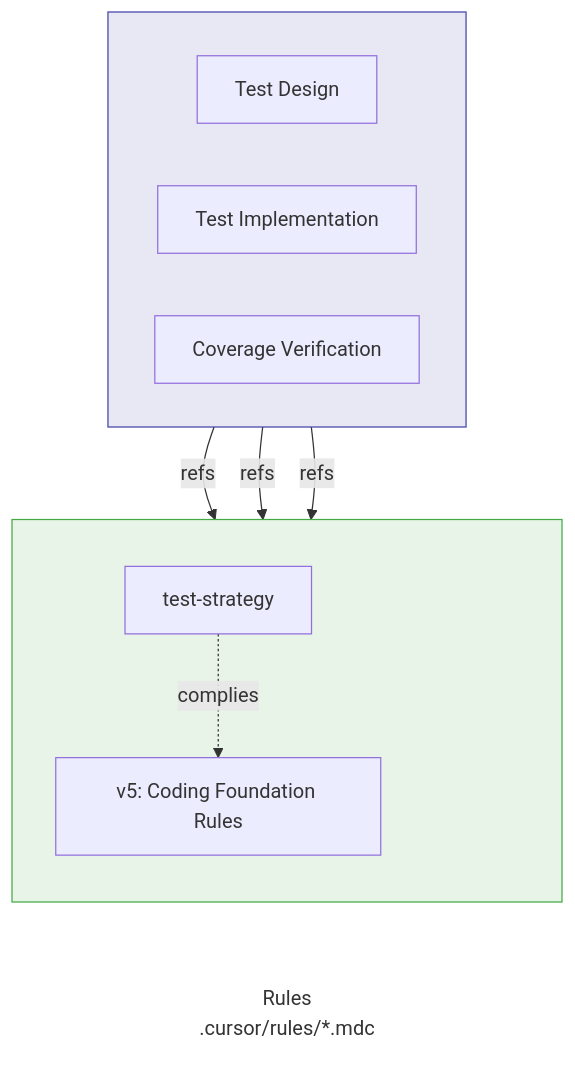
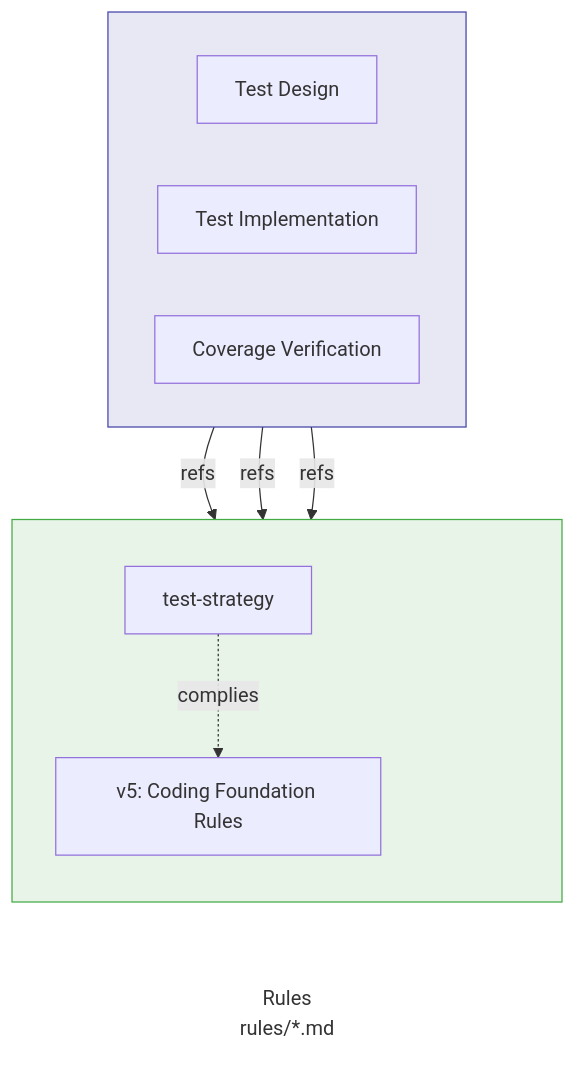
Before and after one commit to kinopeee/cursorrules: the second of 2 diagrams in en/doc/rules-and-workflows.md, drawn with Mermaid. The commit also changed other lines of this file and 60 other files, not shown here.

````diff
--- a/en/doc/rules-and-workflows.md
+++ b/en/doc/rules-and-workflows.md
@@ -136,35 +140,35 @@
 ```mermaid
 flowchart TB
     subgraph TestWork[" "]
         direction LR
         T1[Test Design]
         T2[Test Implementation]
         T3[Coverage Verification]
     end
 
     subgraph TestRules[" "]
         direction TB
         TR1[test-strategy]
         space2[ ]
         V5T[v5: Coding Foundation Rules]
     end
     
-    RLabelT[Rules<br/>.cursor/rules/*.mdc]
+    RLabelT[Rules<br/>rules/*.md]
 
     TestWork ~~~ TestRules
     TestRules ~~~ RLabelT
 
     T1 -->|refs| TR1
     T2 -->|refs| TR1
     T3 -->|refs| TR1
     
     TR1 -.->|complies| V5T
 
     style TestWork fill:#e8e8f4,stroke:#44a
     style TestRules fill:#e8f4e8,stroke:#4a4
     style RLabelT fill:none,stroke:none
     style space2 fill:none,stroke:none
     
     linkStyle 0 stroke:none
     linkStyle 1 stroke:none
 ```
````
